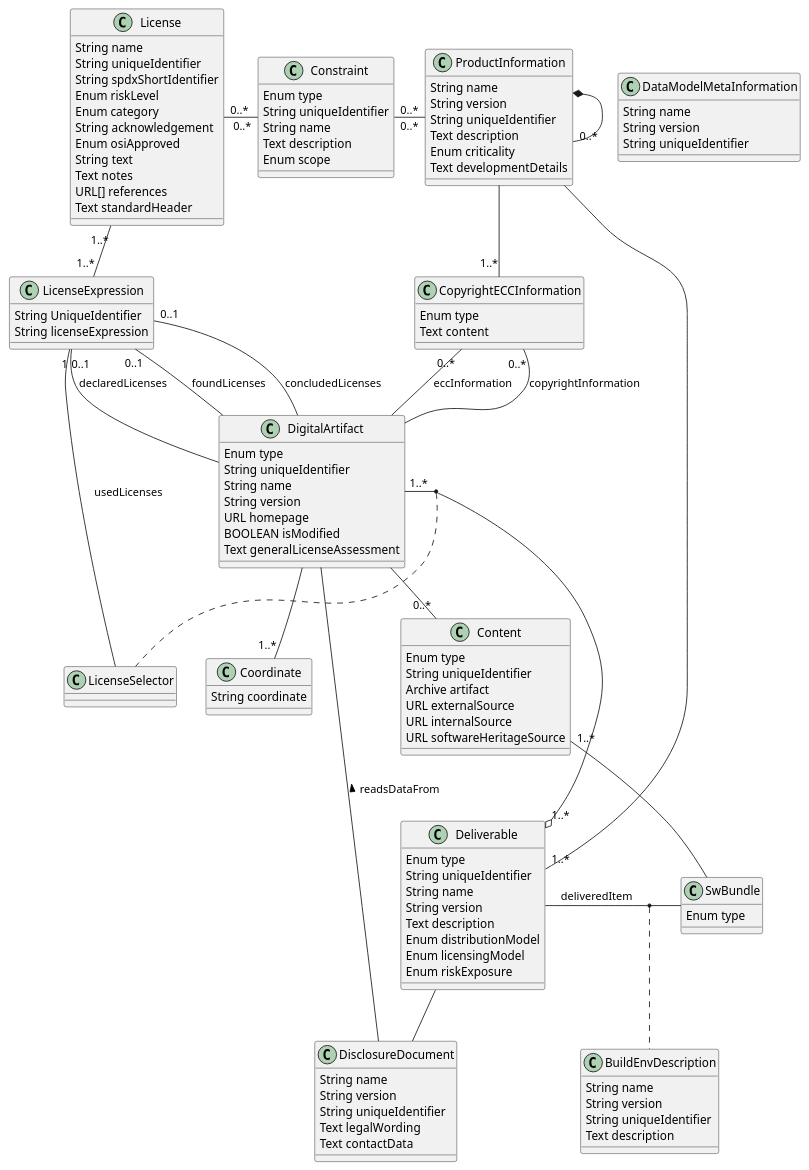
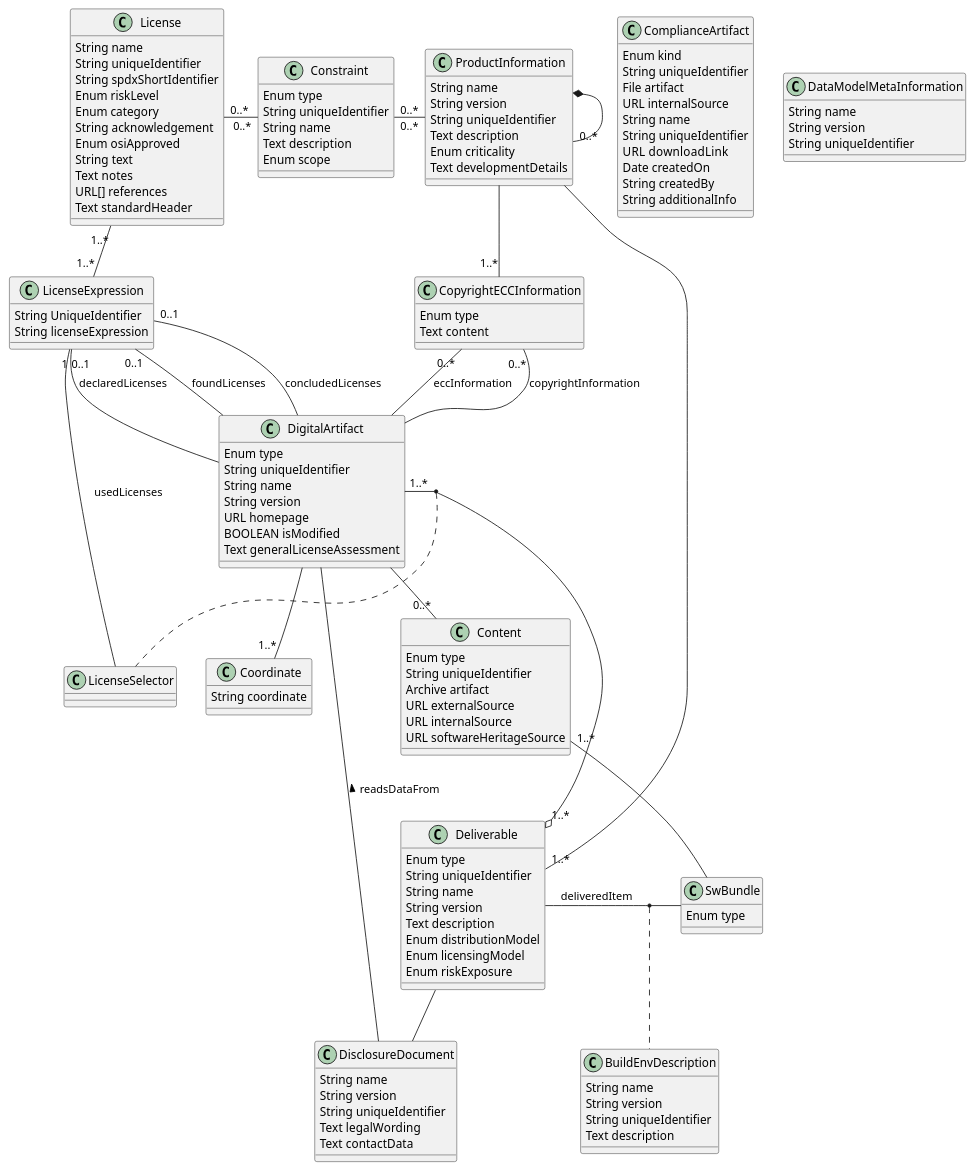
One commit to Open-Source-Compliance/Sharing-creates-value changed the diagram in Tooling-Landscape/Unanimous-Understanding/Data Structures/DataExchangeFormat.puml. Above: the diagram before and after it, drawn with PlantUML.

Commit message:
Adding ComplianceArtifact

```diff
--- a/Tooling-Landscape/Unanimous-Understanding/Data Structures/DataExchangeFormat.puml
+++ b/Tooling-Landscape/Unanimous-Understanding/Data Structures/DataExchangeFormat.puml
@@ -1,135 +1,148 @@
 @startuml
 
 class BuildEnvDescription {
    String name
    String version
    String uniqueIdentifier
    Text description
+}
+
+class ComplianceArtifact{
+	Enum kind
+	String uniqueIdentifier
+	File artifact
+	URL internalSource
+	String name
+	String uniqueIdentifier
+	URL  downloadLink
+	Date createdOn
+	String createdBy
+	String additionalInfo
 }
 
 class Content{
 	Enum type
 	String uniqueIdentifier
 	Archive artifact
   URL externalSource
   URL internalSource
   URL softwareHeritageSource
 }
 
 class Constraint {
    Enum type
    String uniqueIdentifier
    String name
    Text description
    Enum scope
 }
 
 class CopyrightECCInformation {
    Enum type
    Text content
 }
 
 class DataModelMetaInformation {
   String name
   String version
   String uniqueIdentifier
 }
 
 class Deliverable{
    Enum type
    String uniqueIdentifier
    String name
    String version
    Text description
    Enum distributionModel
    Enum licensingModel
    Enum riskExposure
 }
 
 class DisclosureDocument {
   String name
   String version
   String uniqueIdentifier
   Text legalWording
   Text contactData
 }
 
 class DigitalArtifact {
   Enum type
   String uniqueIdentifier
   String name
   String version
   URL homepage
   BOOLEAN isModified
   Text generalLicenseAssessment
 }
 
 class Coordinate {
   String coordinate
 }
 
 class LicenseExpression {
   String UniqueIdentifier
   String licenseExpression
 }
 
 class LicenseSelector {
 }
 
 class License {
   String name
   String uniqueIdentifier
   String spdxShortIdentifier
   Enum riskLevel
   Enum category
   String acknowledgement
   Enum osiApproved
   String text
   Text notes
   URL[] references
   Text standardHeader
 }
 
 class ProductInformation {
   String name
   String version
   String uniqueIdentifier
   Text description
   Enum criticality
   Text developmentDetails
 }
 
 class SwBundle{
   Enum type
 }
 
 LicenseExpression "0..1" -- DigitalArtifact : declaredLicenses
 LicenseExpression "0..1" -- DigitalArtifact : foundLicenses
 LicenseExpression "0..1" -- DigitalArtifact : concludedLicenses
 LicenseExpression "1" -- LicenseSelector : usedLicenses
 License "1..*" -- "1..*" LicenseExpression
 License "0..*" - "0..*" Constraint
 Constraint "0..*" - "0..*" ProductInformation
 CopyrightECCInformation "0..*" -- DigitalArtifact : copyrightInformation
 CopyrightECCInformation "0..*" -- DigitalArtifact : eccInformation
 Coordinate "1..*" -- DigitalArtifact
 Deliverable - SwBundle : deliveredItem
 Deliverable -- DisclosureDocument
 (Deliverable, SwBundle) .. BuildEnvDescription
 Content "0..*" -- DigitalArtifact
 DigitalArtifact "1..*" -o "1..*" Deliverable
 (DigitalArtifact, Deliverable) .. "0..1" LicenseSelector
 Content "1..*" -- SwBundle
 ProductInformation -- "1..*" CopyrightECCInformation
 ProductInformation -- "1..*" Deliverable
 ProductInformation *- "0..*" ProductInformation
 DigitalArtifact -- DisclosureDocument : readsDataFrom <
 
 'Formatting
 DigitalArtifact -[hidden]- Coordinate
 DigitalArtifact -[hidden]- Content
 LicenseSelector -[hidden]- Deliverable
 LicenseExpression -[hidden]- LicenseSelector
 LicenseSelector -[hidden]- DigitalArtifact
 
 @enduml
```
